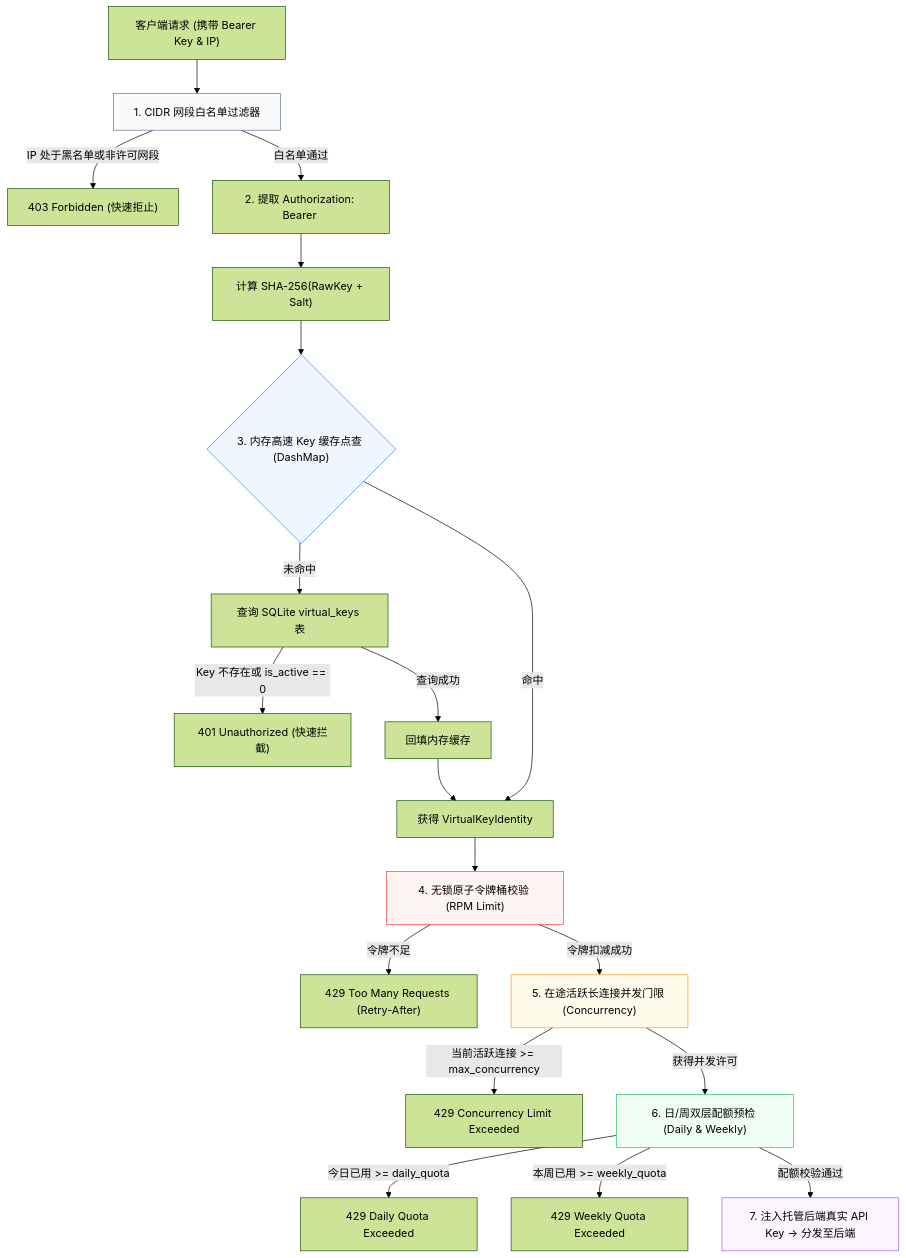
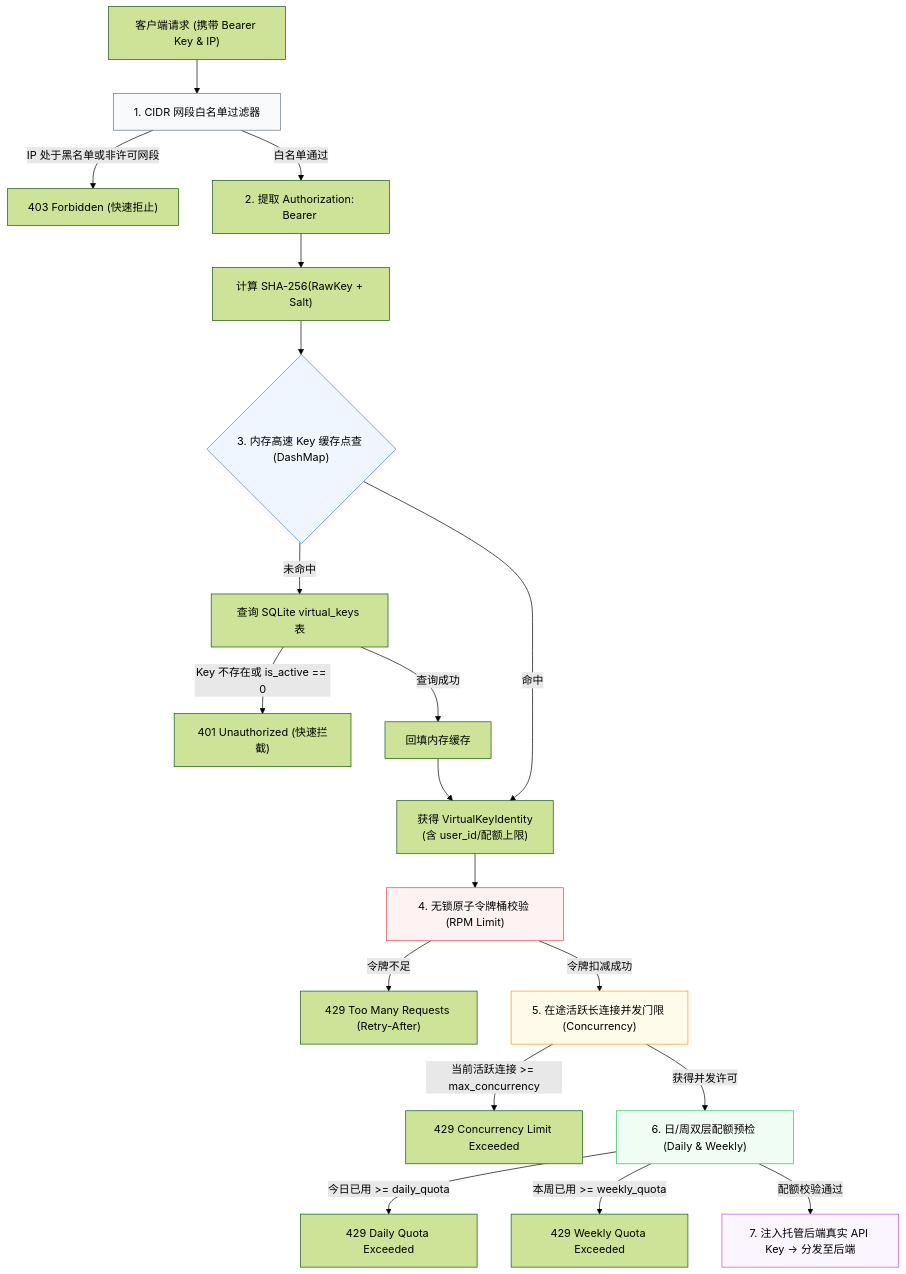
The first of 4 diagrams in docs/02-design/04-limiting-and-audit.md (fugui/rs-gate), drawn with Mermaid (forest theme) before and after one commit. The commit also changed other lines of this file and 2 other files, not shown here.

Commit message:
docs(design): enhance user RBAC context, claims, and query plan verifications

````diff
--- a/docs/02-design/04-limiting-and-audit.md
+++ b/docs/02-design/04-limiting-and-audit.md
@@ -24,32 +24,32 @@
 ```mermaid
 graph TD
     Client["客户端请求 (携带 Bearer Key & IP)"] --> CIDRFilter["1. CIDR 网段白名单过滤器"]
     CIDRFilter -->|"IP 处于黑名单或非许可网段"| Err403["403 Forbidden (快速拒止)"]
     CIDRFilter -->|"白名单通过"| KeyExtract["2. 提取 Authorization: Bearer <key>"]
 
     KeyExtract --> KeyHash["计算 SHA-256(RawKey + Salt)"]
     KeyHash --> CacheLookup{"3. 内存高速 Key 缓存点查 (DashMap)"}
     CacheLookup -->|"未命中"| DBLookup["查询 SQLite virtual_keys 表"]
     DBLookup -->|"Key 不存在或 is_active == 0"| Err401["401 Unauthorized (快速拦截)"]
     DBLookup -->|"查询成功"| LoadCache["回填内存缓存"]
-    CacheLookup -->|"命中"| KeyIdentity["获得 VirtualKeyIdentity"]
+    CacheLookup -->|"命中"| KeyIdentity["获得 VirtualKeyIdentity<br>(含 user_id/配额上限)"]
     LoadCache --> KeyIdentity
 
     KeyIdentity --> RPMCheck["4. 无锁原子令牌桶校验 (RPM Limit)"]
     RPMCheck -->|"令牌不足"| Err429RPM["429 Too Many Requests (Retry-After)"]
     RPMCheck -->|"令牌扣减成功"| ConcCheck["5. 在途活跃长连接并发门限 (Concurrency)"]
 
     ConcCheck -->|"当前活跃连接 >= max_concurrency"| Err429Conc["429 Concurrency Limit Exceeded"]
     ConcCheck -->|"获得并发许可"| QuotaCheck["6. 日/周双层配额预检 (Daily & Weekly)"]
 
     QuotaCheck -->|"今日已用 >= daily_quota"| Err429Daily["429 Daily Quota Exceeded"]
     QuotaCheck -->|"本周已用 >= weekly_quota"| Err429Weekly["429 Weekly Quota Exceeded"]
     QuotaCheck -->|"配额校验通过"| UpstreamDispatch["7. 注入托管后端真实 API Key -> 分发至后端"]
 
     style CIDRFilter fill:#f8fafc,stroke:#64748b
     style CacheLookup fill:#eff6ff,stroke:#3b82f6
     style RPMCheck fill:#fef2f2,stroke:#ef4444
     style ConcCheck fill:#fffbeb,stroke:#f59e0b
     style QuotaCheck fill:#f0fdf4,stroke:#22c55e
     style UpstreamDispatch fill:#faf5ff,stroke:#a855f7
 ```
````
